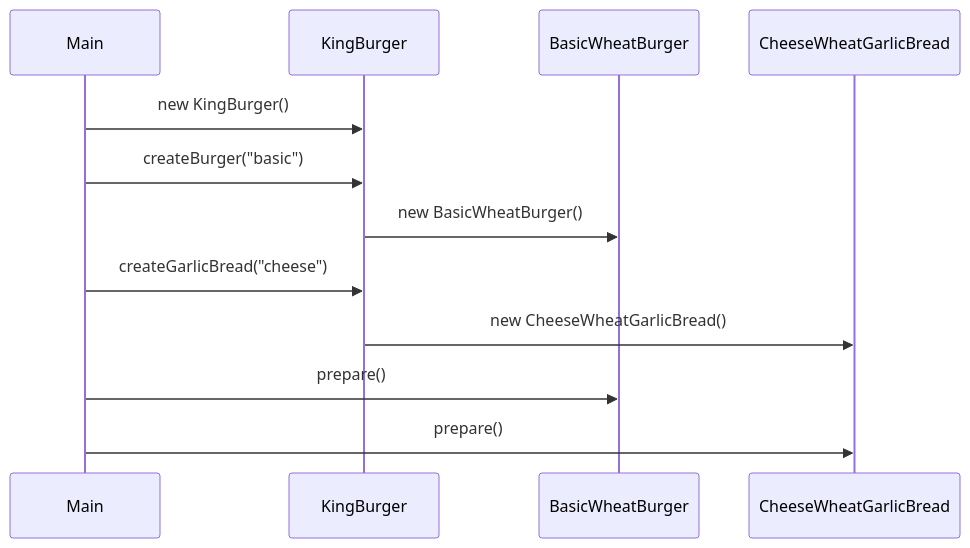
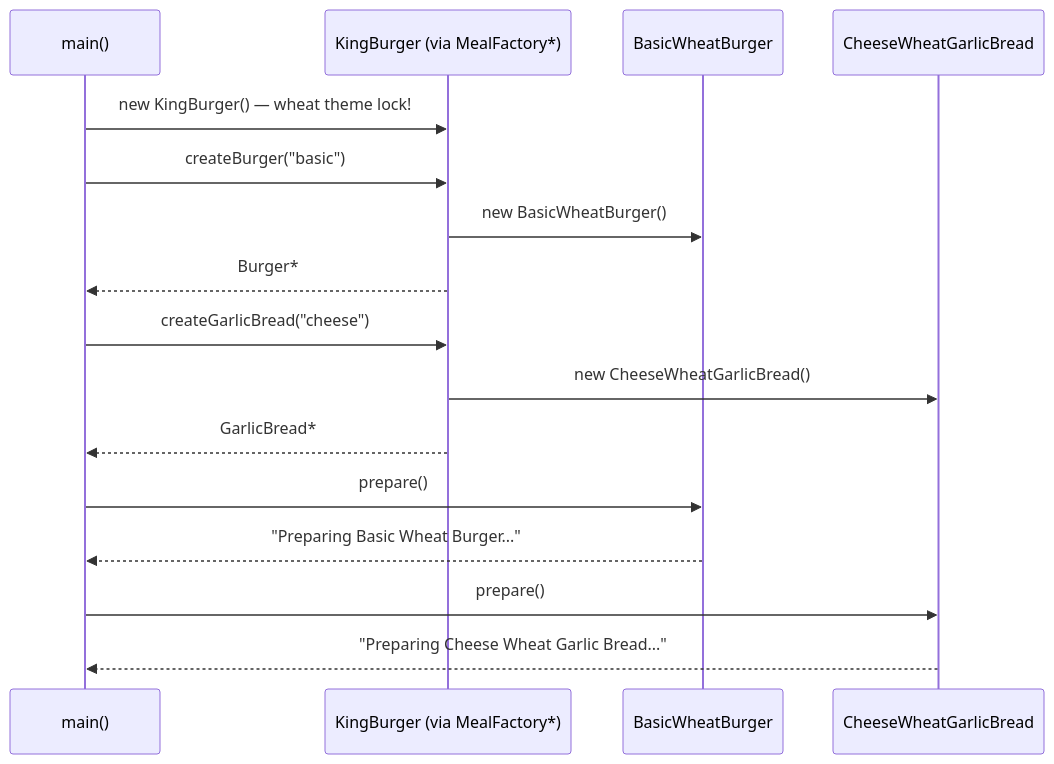
The second of 2 diagrams in L9 Factory_Design_Pattern/notes/03_Abstract_Factory.md (subhm2004/LLD), drawn with Mermaid before and after one commit. The commit also changed other lines of this file and 7 other files, not shown here.

````diff
--- a/L9 Factory_Design_Pattern/notes/03_Abstract_Factory.md
+++ b/L9 Factory_Design_Pattern/notes/03_Abstract_Factory.md
@@ -148,15 +196,19 @@
 ```mermaid
 sequenceDiagram
-    participant Main
-    participant MF as KingBurger
+    participant Main as main()
+    participant MF as KingBurger (via MealFactory*)
     participant B as BasicWheatBurger
     participant G as CheeseWheatGarlicBread
 
-    Main->>MF: new KingBurger()
+    Main->>MF: new KingBurger() — wheat theme lock!
     Main->>MF: createBurger("basic")
     MF->>B: new BasicWheatBurger()
+    MF-->>Main: Burger*
     Main->>MF: createGarlicBread("cheese")
     MF->>G: new CheeseWheatGarlicBread()
+    MF-->>Main: GarlicBread*
     Main->>B: prepare()
+    B-->>Main: "Preparing Basic Wheat Burger..."
     Main->>G: prepare()
+    G-->>Main: "Preparing Cheese Wheat Garlic Bread..."
 ```
````
